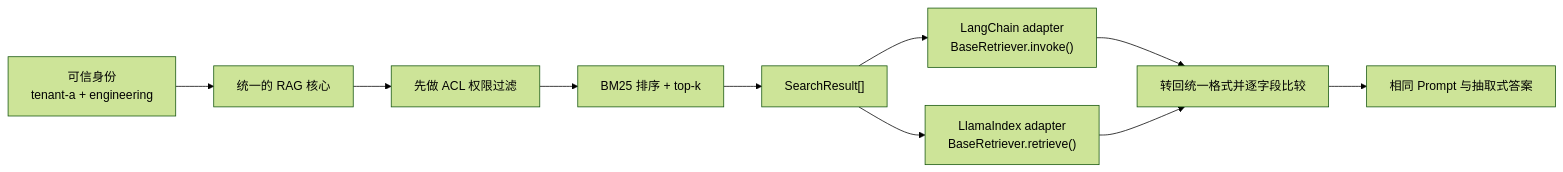
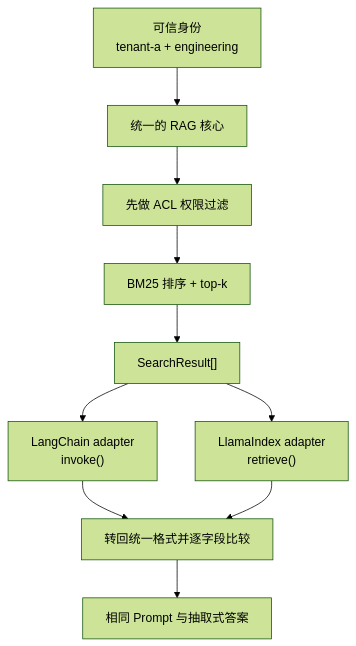
One commit to NightLemon/about-llm changed the diagram in docs/practice/projects/rag-framework-adapters.md. Above: the diagram before and after it, drawn with Mermaid (forest theme). The commit also changed other lines of this file and 167 other files, not shown here.

````diff
--- a/docs/practice/projects/rag-framework-adapters.md
+++ b/docs/practice/projects/rag-framework-adapters.md
@@ -38,12 +38,12 @@
 ```mermaid
-flowchart LR
+flowchart TD
     I["可信身份<br/>tenant-a + engineering"] --> C["统一的 RAG 核心"]
     C --> A["先做 ACL 权限过滤"]
     A --> B["BM25 排序 + top-k"]
     B --> R["SearchResult[]"]
-    R --> LC["LangChain adapter<br/>BaseRetriever.invoke()"]
-    R --> LI["LlamaIndex adapter<br/>BaseRetriever.retrieve()"]
+    R --> LC["LangChain adapter<br/>invoke()"]
+    R --> LI["LlamaIndex adapter<br/>retrieve()"]
     LC --> V["转回统一格式并逐字段比较"]
     LI --> V
     V --> P["相同 Prompt 与抽取式答案"]
 ```
````
